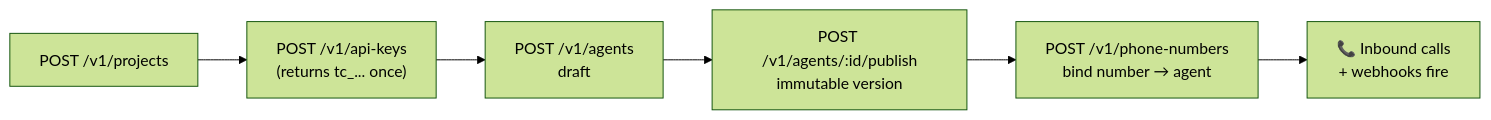
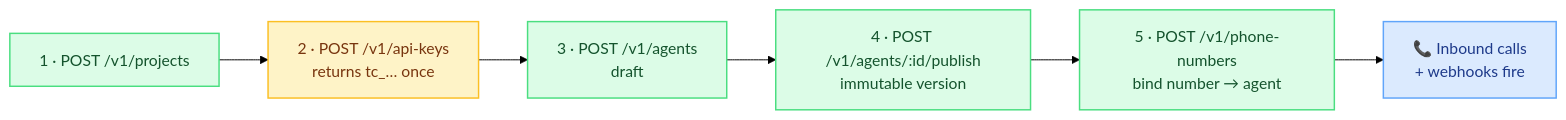
Before and after one commit to kobikis/turncall: the diagram in docs/api-reference/overview.mdx, drawn with Mermaid (forest theme). The commit also changed 6 other files, not shown here.

````diff
--- a/docs/api-reference/overview.mdx
+++ b/docs/api-reference/overview.mdx
@@ -45,8 +45,15 @@
 ```mermaid
 flowchart LR
-    P["POST /v1/projects"] --> K["POST /v1/api-keys<br/>(returns tc_... once)"]
-    K --> A["POST /v1/agents<br/>draft"]
-    A --> PUB["POST /v1/agents/:id/publish<br/>immutable version"]
-    PUB --> N["POST /v1/phone-numbers<br/>bind number → agent"]
+    P["1 · POST /v1/projects"] --> K["2 · POST /v1/api-keys<br/>returns tc_… once"]
+    K --> A["3 · POST /v1/agents<br/>draft"]
+    A --> PUB["4 · POST /v1/agents/:id/publish<br/>immutable version"]
+    PUB --> N["5 · POST /v1/phone-numbers<br/>bind number → agent"]
     N --> CALL["📞 Inbound calls<br/>+ webhooks fire"]
+
+    classDef step fill:#dcfce7,stroke:#4ade80,stroke-width:1.5px,color:#14532d
+    classDef secret fill:#fef3c7,stroke:#fbbf24,stroke-width:1.5px,color:#78350f
+    classDef done fill:#dbeafe,stroke:#60a5fa,stroke-width:1.5px,color:#1e3a8a
+    class P,A,PUB,N step
+    class K secret
+    class CALL done
 ```
````
